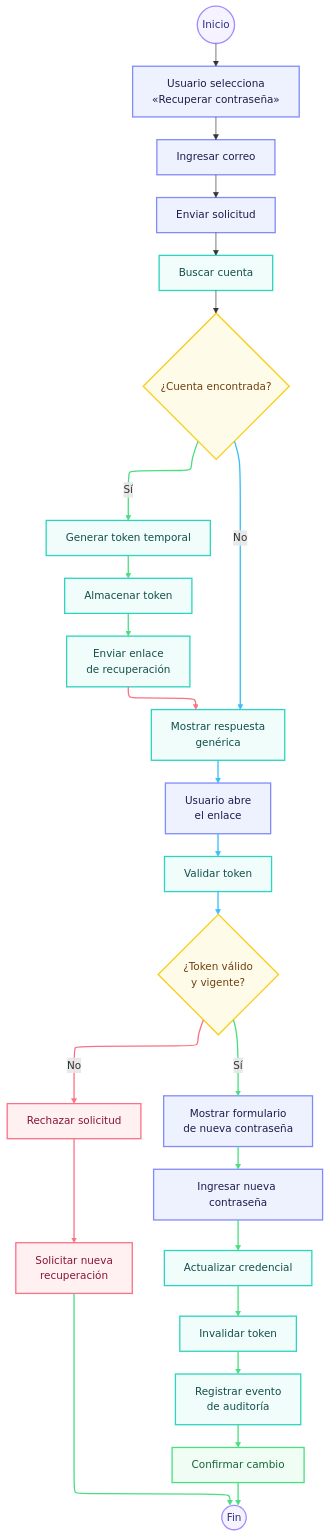
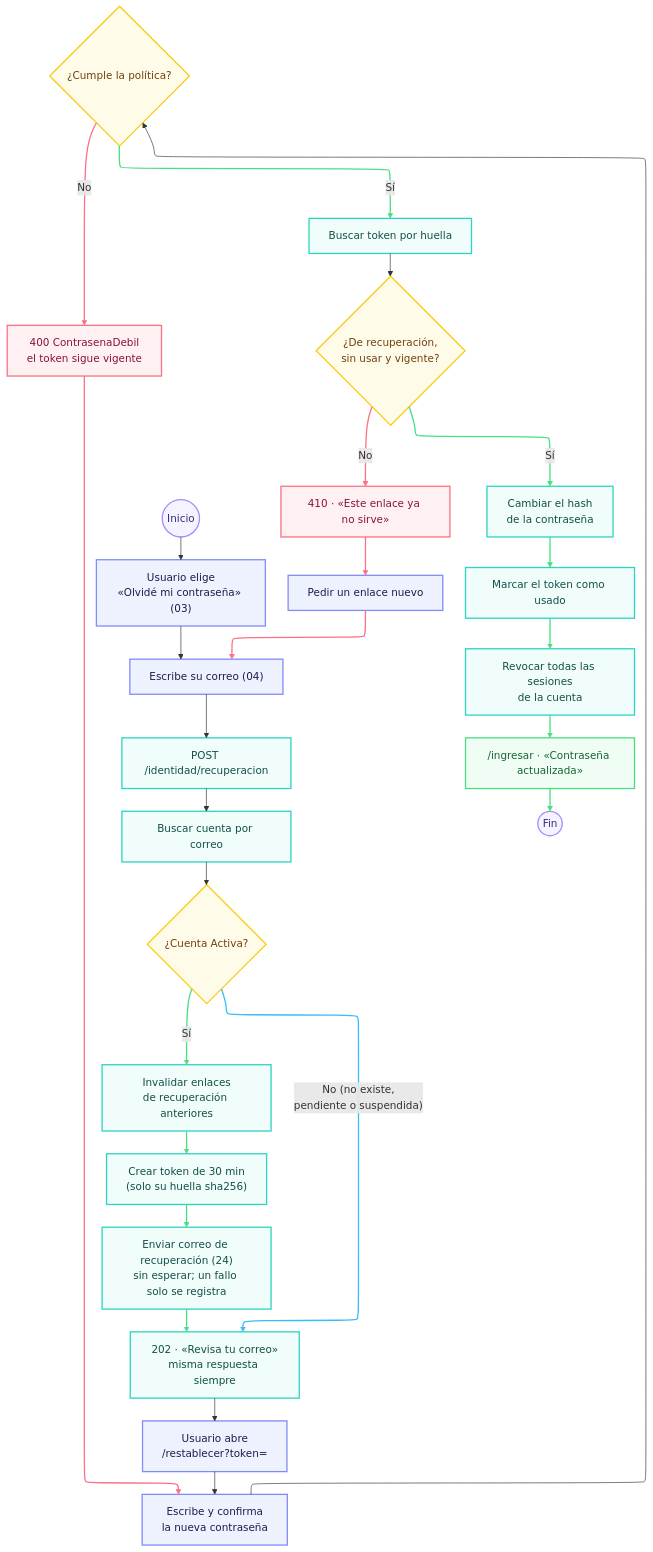
The diagram in docs/diagramas/m1-m10/m1-actividad-recuperacion-contrasena.mmd (derekCmorales/deploya), drawn with Mermaid before and after one commit. The commit also changed 35 other files, not shown here.

First line of the commit message:
feat(m1): recuperar contraseña y correo de recuperación (M1-05, M10-02)

```diff
--- a/docs/diagramas/m1-m10/m1-actividad-recuperacion-contrasena.mmd
+++ b/docs/diagramas/m1-m10/m1-actividad-recuperacion-contrasena.mmd
@@ -1,83 +1,88 @@
 ---
 config:
   layout: elk
 ---
 flowchart TD
 
     START((Inicio))
 
-    A["Usuario selecciona<br/>«Recuperar contraseña»"]
-    B["Ingresar correo"]
-    C["Enviar solicitud"]
-    D["Buscar cuenta"]
+    A["Usuario elige<br/>«Olvidé mi contraseña» (03)"]
+    B["Escribe su correo (04)"]
+    C["POST /identidad/recuperacion"]
+    D["Buscar cuenta por correo"]
 
-    E{"¿Cuenta encontrada?"}
+    E{"¿Cuenta Activa?"}
 
-    F["Generar token temporal"]
-    G["Almacenar token"]
-    H["Enviar enlace<br/>de recuperación"]
-    I["Mostrar respuesta<br/>genérica"]
+    F["Invalidar enlaces<br/>de recuperación anteriores"]
+    G["Crear token de 30 min<br/>(solo su huella sha256)"]
+    H["Enviar correo de recuperación (24)<br/>sin esperar; un fallo solo se registra"]
+    I["202 · «Revisa tu correo»<br/>misma respuesta siempre"]
 
-    J["Usuario abre<br/>el enlace"]
-    K["Validar token"]
+    J["Usuario abre<br/>/restablecer?token="]
+    P["Escribe y confirma<br/>la nueva contraseña"]
 
-    L{"¿Token válido<br/>y vigente?"}
+    V{"¿Cumple la política?"}
+    W["400 ContrasenaDebil<br/>el token sigue vigente"]
 
-    M["Rechazar solicitud"]
-    N["Solicitar nueva<br/>recuperación"]
+    K["Buscar token por huella"]
+    L{"¿De recuperación,<br/>sin usar y vigente?"}
 
-    O["Mostrar formulario<br/>de nueva contraseña"]
-    P["Ingresar nueva contraseña"]
-    Q["Actualizar credencial"]
-    R["Invalidar token"]
-    S["Registrar evento<br/>de auditoría"]
-    T["Confirmar cambio"]
+    M["410 · «Este enlace ya no sirve»"]
+    N["Pedir un enlace nuevo"]
+
+    Q["Cambiar el hash<br/>de la contraseña"]
+    R["Marcar el token como usado"]
+    S["Revocar todas las sesiones<br/>de la cuenta"]
+    T["/ingresar · «Contraseña actualizada»"]
 
     END((Fin))
 
     START --> A
     A --> B
     B --> C
     C --> D
     D --> E
 
-    E -->|"No"| I
-    I --> J
-    J --> K
-    K --> L
-
+    E -->|"No (no existe,<br/>pendiente o suspendida)"| I
     E -->|"Sí"| F
     F --> G
     G --> H
     H --> I
 
+    I --> J
+    J --> P
+    P --> V
+
+    V -->|"No"| W
+    W --> P
+    V -->|"Sí"| K
+    K --> L
+
     L -->|"No"| M
     M --> N
-    N --> END
+    N --> B
 
-    L -->|"Sí"| O
-    O --> P
-    P --> Q
+    L -->|"Sí"| Q
     Q --> R
     R --> S
     S --> T
     T --> END
 
     classDef startEnd fill:#f5f3ff,stroke:#a78bfa,stroke-width:2px,color:#312e81;
     classDef userAction fill:#eef2ff,stroke:#818cf8,stroke-width:2px,color:#1e1b4b;
     classDef systemProcess fill:#f0fdfa,stroke:#2dd4bf,stroke-width:2px,color:#134e4a;
     classDef decision fill:#fefce8,stroke:#facc15,stroke-width:2px,color:#713f12;
     classDef error fill:#fff1f2,stroke:#fb7185,stroke-width:2px,color:#881337;
     classDef success fill:#f0fdf4,stroke:#4ade80,stroke-width:2px,color:#166534;
 
     class START,END startEnd;
-    class A,B,C,J,O,P userAction;
-    class D,F,G,H,I,K,Q,R,S systemProcess;
-    class E,L decision;
-    class M,N error;
+    class A,B,J,P,N userAction;
+    class C,D,F,G,H,I,K,Q,R,S systemProcess;
+    class E,V,L decision;
+    class M,W error;
     class T success;
 
-    linkStyle 5,6,7,8 stroke:#38bdf8,stroke-width:2px;
-    linkStyle 9,10,11 stroke:#4ade80,stroke-width:2px;
-    linkStyle 12,13,14 stroke:#fb7185,stroke-width:2px;
-    linkStyle 15,16,17,18,19,20,21,22 stroke:#4ade80,stroke-width:2px;
+    linkStyle 5 stroke:#38bdf8,stroke-width:2px;
+    linkStyle 6,7,8,9 stroke:#4ade80,stroke-width:2px;
+    linkStyle 13,14,17,18,19 stroke:#fb7185,stroke-width:2px;
+    linkStyle 15,20,21,22,23,24 stroke:#4ade80,stroke-width:2px;
```
